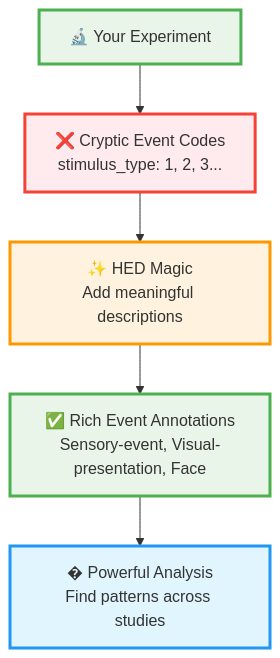
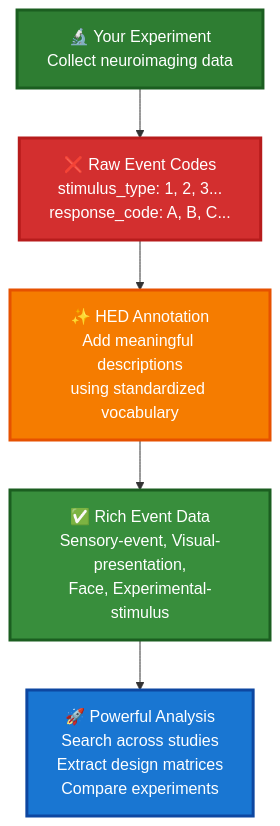
The diagram in docs/source/IntroductionToHed.md (VisLab/hed-resources), drawn with Mermaid before and after one commit. The commit also changed other lines of this file and 4 other files, not shown here.

````diff
--- a/docs/source/IntroductionToHed.md
+++ b/docs/source/IntroductionToHed.md
@@ -43,13 +43,14 @@
 ```{mermaid}
 flowchart TD
-    A["🔬 Your Experiment"] --> B["❌ Cryptic Event Codes<br/>stimulus_type: 1, 2, 3..."]
-    B --> C["✨ HED Magic<br/>Add meaningful descriptions"]
-    C --> D["✅ Rich Event Annotations<br/>Sensory-event, Visual-presentation, Face"]
-    D --> E["� Powerful Analysis<br/>Find patterns across studies"]
+    A["🔬 Your Experiment<br/>Collect neuroimaging data"] 
+    A --> B["❌ Raw Event Codes<br/>stimulus_type: 1, 2, 3...<br/>response_code: A, B, C..."]
+    B --> C["✨ HED Annotation<br/>Add meaningful descriptions<br/>using standardized vocabulary"]
+    C --> D["✅ Rich Event Data<br/>Sensory-event, Visual-presentation,<br/>Face, Experimental-stimulus"]
+    D --> E["🚀 Powerful Analysis<br/>Search across studies<br/>Extract design matrices<br/>Compare experiments"]
     
-    style A fill:#e8f5e8,stroke:#4caf50,stroke-width:3px
-    style B fill:#ffebee,stroke:#f44336,stroke-width:3px
-    style C fill:#fff3e0,stroke:#ff9800,stroke-width:3px
-    style D fill:#e8f5e8,stroke:#4caf50,stroke-width:3px
-    style E fill:#e1f5fe,stroke:#2196f3,stroke-width:3px
+    style A fill:#2e7d32,stroke:#1b5e20,stroke-width:3px,color:#fff
+    style B fill:#d32f2f,stroke:#b71c1c,stroke-width:3px,color:#fff
+    style C fill:#f57c00,stroke:#e65100,stroke-width:3px,color:#fff
+    style D fill:#388e3c,stroke:#1b5e20,stroke-width:3px,color:#fff
+    style E fill:#1976d2,stroke:#0d47a1,stroke-width:3px,color:#fff
 ```
````
